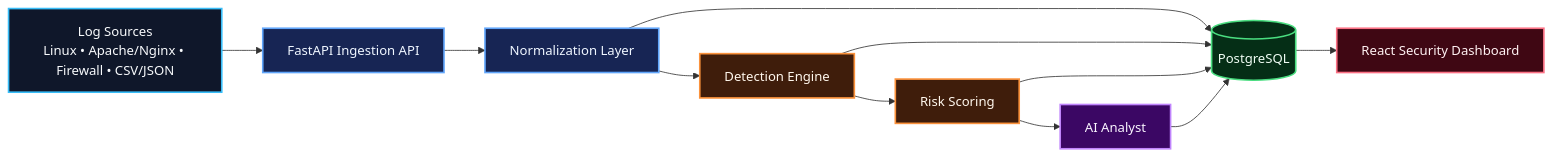
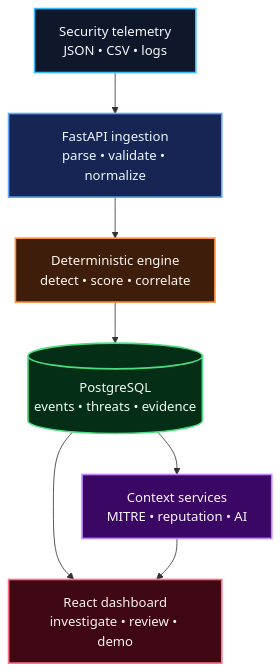
Before and after one commit to alianisreyesr/ai-security-analyst: the diagram in README.md, drawn with Mermaid. The commit also changed other lines of this file and 3 other files, not shown here.

Commit message:
docs: publish portfolio architecture and README

````diff
--- a/README.md
+++ b/README.md
@@ -14,27 +41,23 @@
 ```mermaid
-flowchart LR
-    A["Log Sources<br/>Linux • Apache/Nginx • Firewall • CSV/JSON"] --> B["FastAPI Ingestion API"]
-    B --> C["Normalization Layer"]
-    C --> D["Detection Engine"]
-    D --> E["Risk Scoring"]
-    E --> F["AI Analyst"]
-    C --> G[("PostgreSQL")]
-    D --> G
-    E --> G
-    F --> G
-    G --> H["React Security Dashboard"]
+flowchart TB
+    S["Security telemetry<br/>JSON • CSV • logs"] --> I["FastAPI ingestion<br/>parse • validate • normalize"]
+    I --> E["Deterministic engine<br/>detect • score • correlate"]
+    E --> D[("PostgreSQL<br/>events • threats • evidence")]
+    D --> X["Context services<br/>MITRE • reputation • AI"]
+    D --> U["React dashboard<br/>investigate • review • demo"]
+    X --> U
 
-    classDef sources fill:#0f172a,stroke:#38bdf8,color:#f8fafc,stroke-width:2px;
-    classDef backend fill:#172554,stroke:#60a5fa,color:#eff6ff,stroke-width:2px;
+    classDef source fill:#0f172a,stroke:#38bdf8,color:#f8fafc,stroke-width:2px;
+    classDef service fill:#172554,stroke:#60a5fa,color:#eff6ff,stroke-width:2px;
     classDef detection fill:#3f1d0b,stroke:#fb923c,color:#fff7ed,stroke-width:2px;
-    classDef ai fill:#3b0764,stroke:#c084fc,color:#faf5ff,stroke-width:2px;
     classDef data fill:#052e16,stroke:#4ade80,color:#f0fdf4,stroke-width:2px;
+    classDef context fill:#3b0764,stroke:#c084fc,color:#faf5ff,stroke-width:2px;
     classDef ui fill:#3f0713,stroke:#fb7185,color:#fff1f2,stroke-width:2px;
 
-    class A sources;
-    class B,C backend;
-    class D,E detection;
-    class F ai;
-    class G data;
-    class H ui;
+    class S source;
+    class I service;
+    class E detection;
+    class D data;
+    class X context;
+    class U ui;
 ```
````
